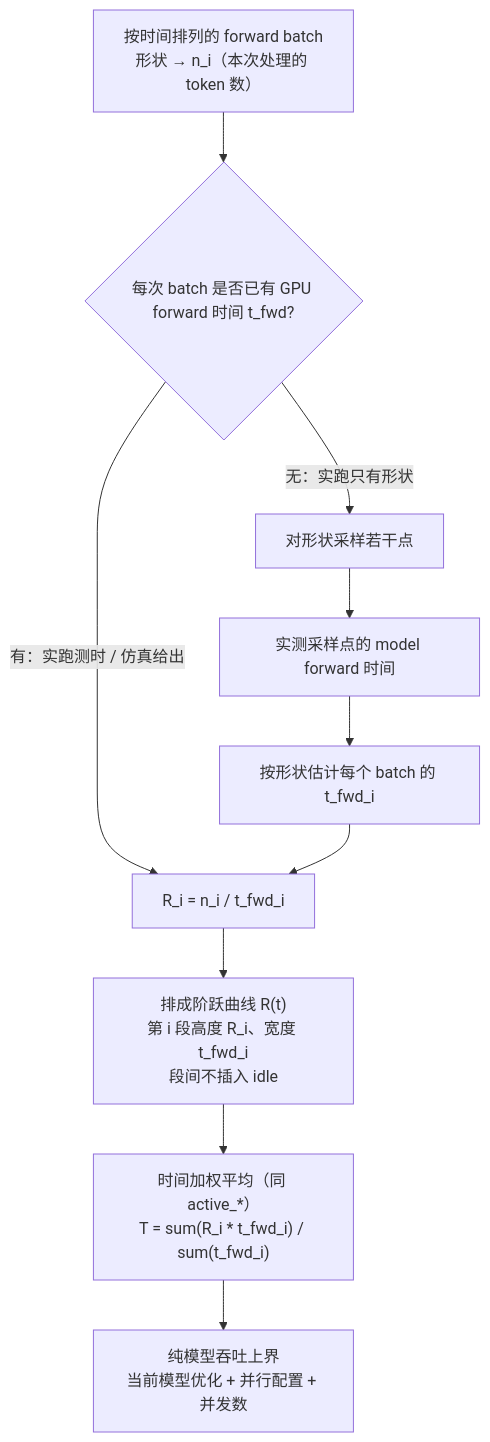
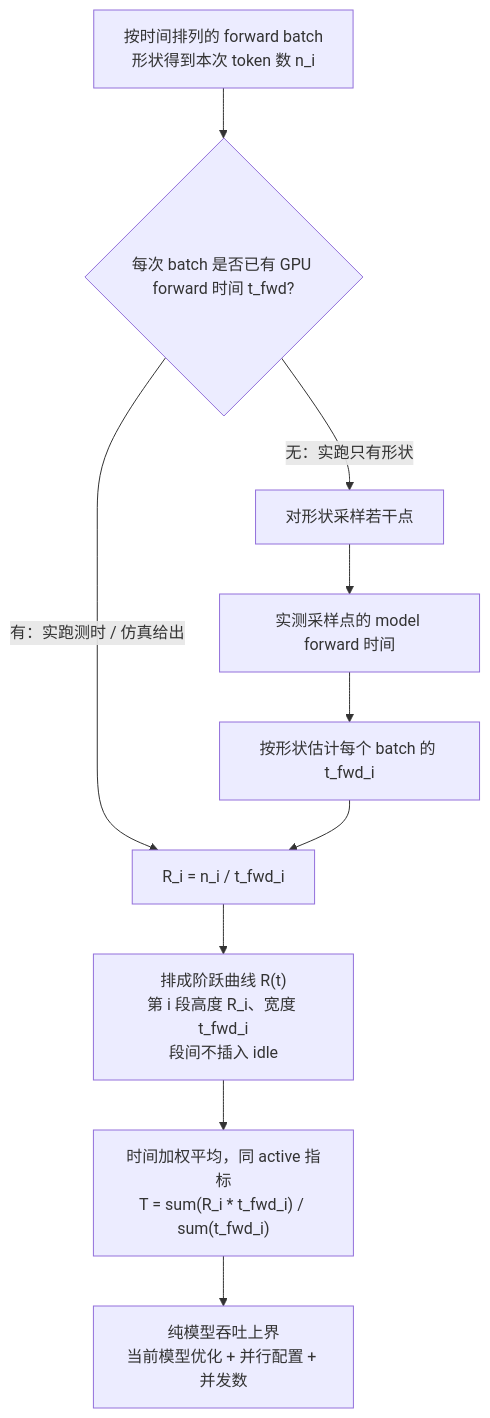
Before and after one commit to Phi-C/pd_perf_estimation_experiment: the diagram in README.md, drawn with Mermaid. The commit also changed other lines of this file, not shown here.

First line of the commit message:
Fix GitHub rendering of README math and mermaid.

````diff
--- a/README.md
+++ b/README.md
@@ -153,18 +161,22 @@
 ```mermaid
 flowchart TD
-  A["按时间排列的 forward batch<br/>形状 → n_i（本次处理的 token 数）"]
+  A["按时间排列的 forward batch<br/>形状得到本次 token 数 n_i"]
   B{"每次 batch 是否已有 GPU forward 时间 t_fwd?"}
   C["R_i = n_i / t_fwd_i"]
   D[对形状采样若干点]
   E[实测采样点的 model forward 时间]
   F[按形状估计每个 batch 的 t_fwd_i]
   G["排成阶跃曲线 R(t)<br/>第 i 段高度 R_i、宽度 t_fwd_i<br/>段间不插入 idle"]
-  H["时间加权平均（同 active_*）<br/>T = sum(R_i * t_fwd_i) / sum(t_fwd_i)"]
+  H["时间加权平均，同 active 指标<br/>T = sum(R_i * t_fwd_i) / sum(t_fwd_i)"]
   I["纯模型吞吐上界<br/>当前模型优化 + 并行配置 + 并发数"]
 
   A --> B
   B -->|"有：实跑测时 / 仿真给出"| C
   B -->|"无：实跑只有形状"| D
-  D --> E --> F --> C
-  C --> G --> H --> I
+  D --> E
+  E --> F
+  F --> C
+  C --> G
+  G --> H
+  H --> I
 ```
````
